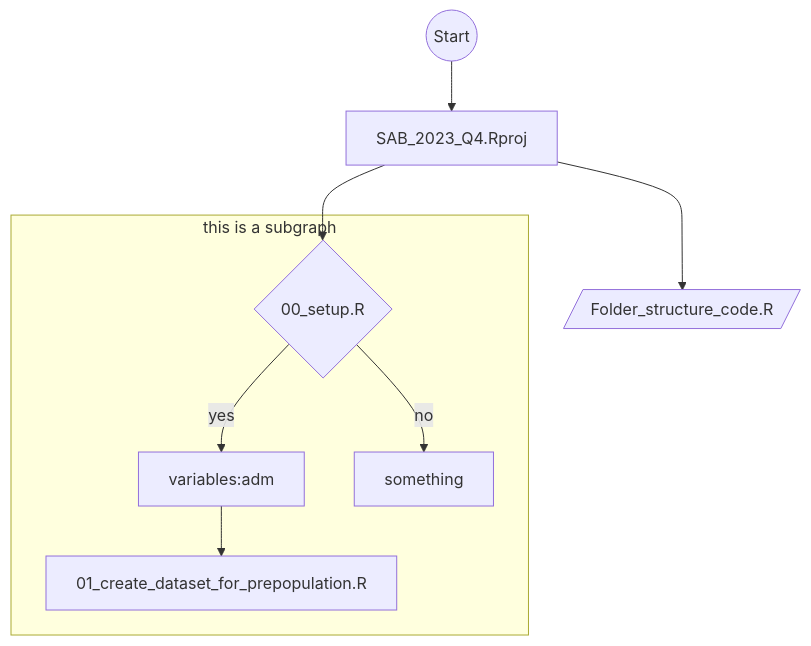
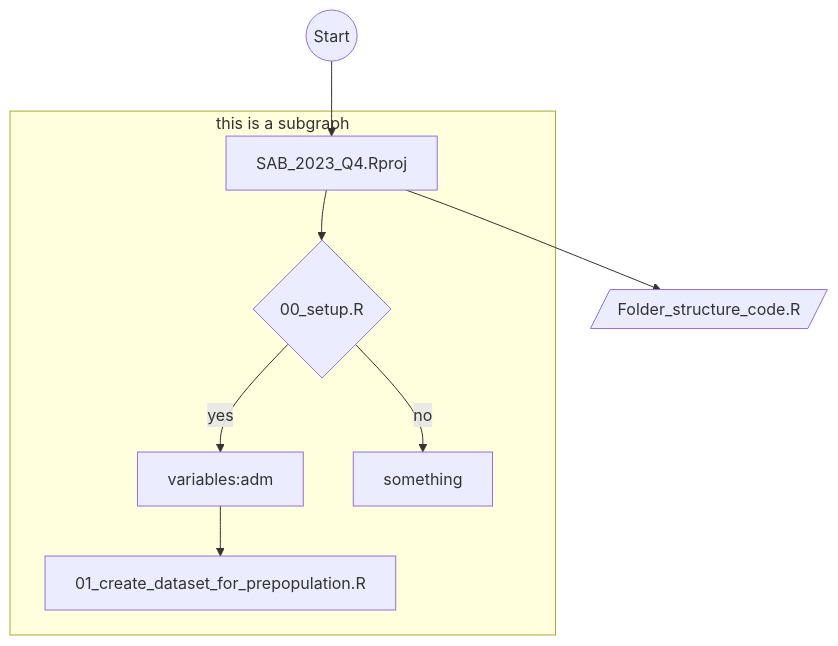
The second of 2 diagrams in README.md (jsphdms/mermaid), drawn with Mermaid before and after one commit.

Commit message:
Simplify mermaid syntax

````diff
--- a/README.md
+++ b/README.md
@@ -14,11 +14,8 @@
 ```mermaid
 graph TB
-        a((Start)) --> SAB_2023_Q4.Rproj
-        SAB_2023_Q4.Rproj --> b{00_setup.R}
-        SAB_2023_Q4.Rproj --> id[/Folder_structure_code.R/]
+        a((Start)) --> SAB_2023_Q4.Rproj --> id[/Folder_structure_code.R/]
         subgraph this is a subgraph
-        b{00_setup.R} -- yes --> variables:adm
+        SAB_2023_Q4.Rproj --> b{00_setup.R}  -- yes --> variables:adm --> 01_create_dataset_for_prepopulation.R
         b{00_setup.R} -- no --> something
-        variables:adm --> 01_create_dataset_for_prepopulation.R
         end
 ```
````
